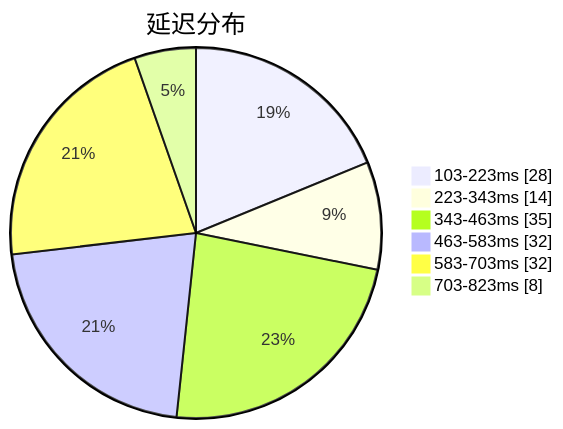
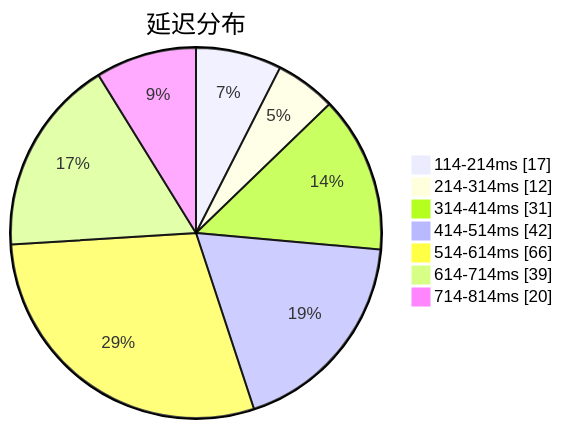
The first of 3 diagrams in subs/statistics/tested_within.md (sinspired/airport), drawn with Mermaid before and after one commit. The commit also changed other lines of this file and 2 other files, not shown here.

````diff
--- a/subs/statistics/tested_within.md
+++ b/subs/statistics/tested_within.md
@@ -2,10 +2,11 @@
 ```mermaid
 pie showData
 title 延迟分布
-"103-223ms" : 28
-"223-343ms" : 14
-"343-463ms" : 35
-"463-583ms" : 32
-"583-703ms" : 32
-"703-823ms" : 8
+"114-214ms" : 17
+"214-314ms" : 12
+"314-414ms" : 31
+"414-514ms" : 42
+"514-614ms" : 66
+"614-714ms" : 39
+"714-814ms" : 20
 ```
````
